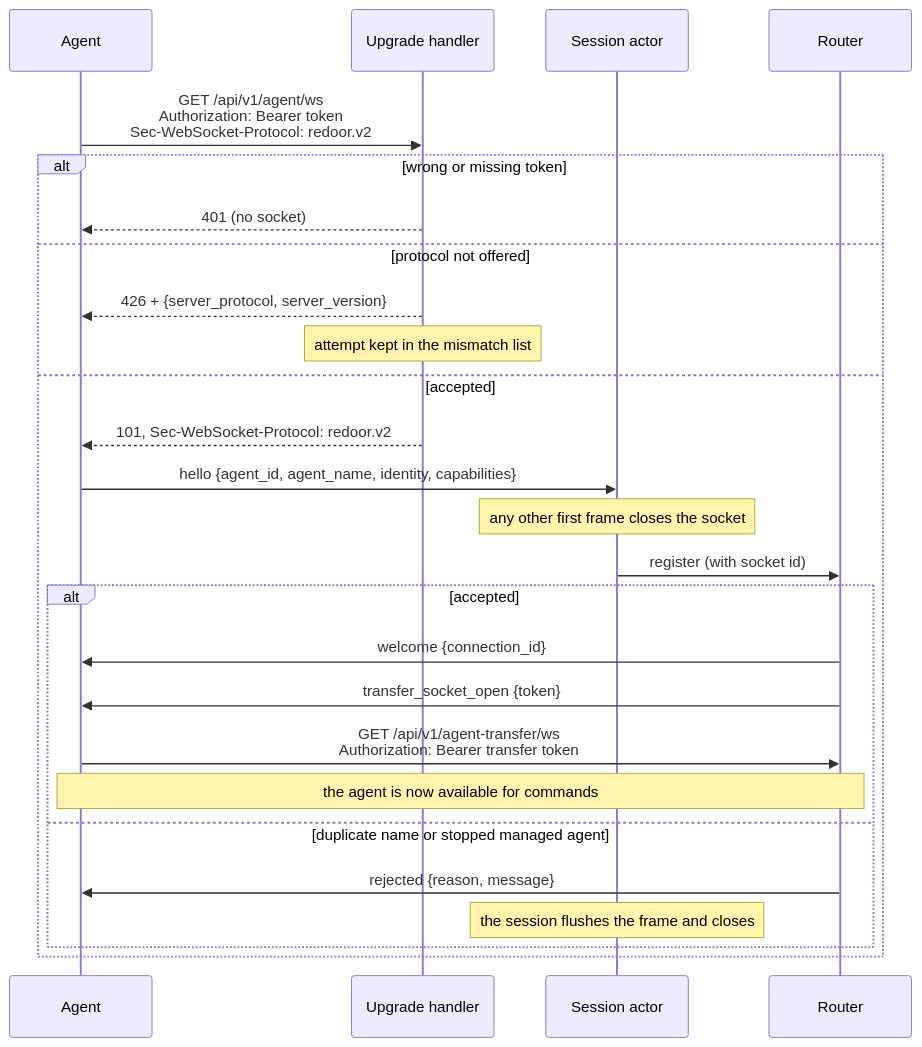
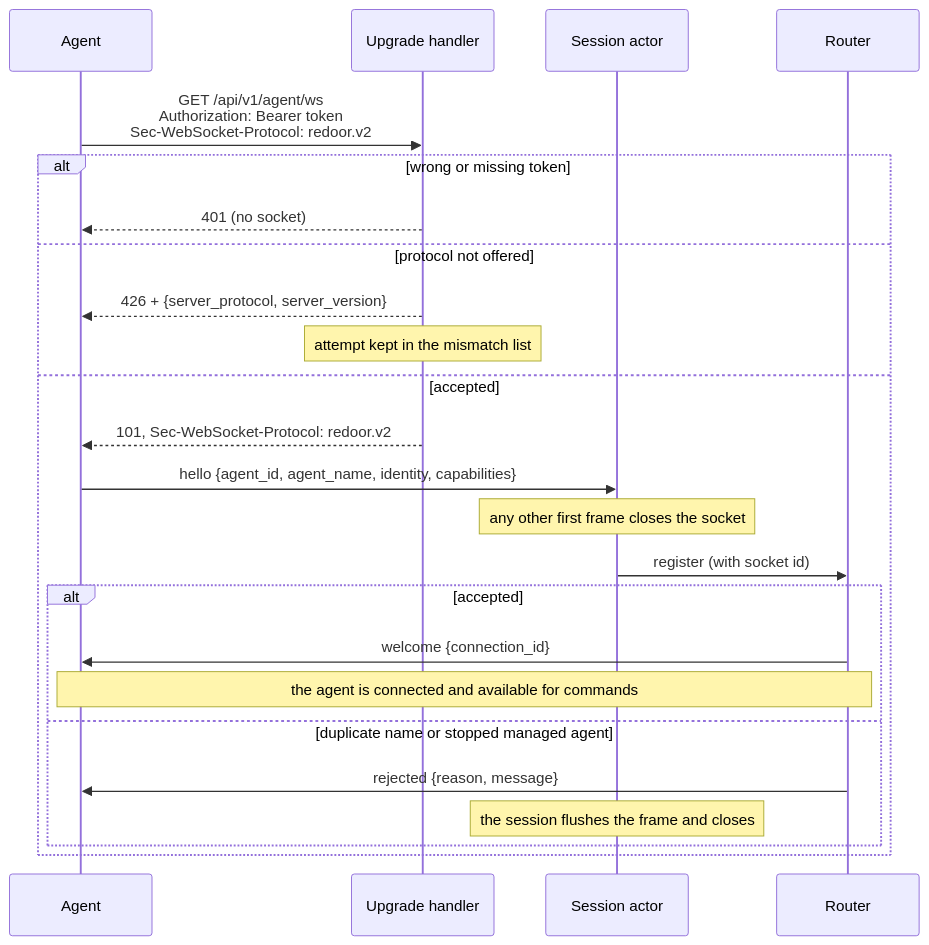
The fourth of 10 diagrams in ARCHITECTURE.md (FruitieX/redoor), drawn with Mermaid before and after one commit. The commit also changed other lines of this file and 74 other files, not shown here.

````diff
--- a/ARCHITECTURE.md
+++ b/ARCHITECTURE.md
@@ -253,29 +292,27 @@
 ```mermaid
 sequenceDiagram
     participant A as Agent
     participant H as Upgrade handler
     participant S as Session actor
     participant R as Router
 
     A->>H: GET /api/v1/agent/ws<br/>Authorization: Bearer token<br/>Sec-WebSocket-Protocol: redoor.v2
     alt wrong or missing token
         H-->>A: 401 (no socket)
     else protocol not offered
         H-->>A: 426 + {server_protocol, server_version}
         Note over H: attempt kept in the mismatch list
     else accepted
         H-->>A: 101, Sec-WebSocket-Protocol: redoor.v2
         A->>S: hello {agent_id, agent_name, identity, capabilities}
         Note over S: any other first frame closes the socket
         S->>R: register (with socket id)
         alt accepted
             R->>A: welcome {connection_id}
-            R->>A: transfer_socket_open {token}
-            A->>R: GET /api/v1/agent-transfer/ws<br/>Authorization: Bearer transfer token
-            Note over A,R: the agent is now available for commands
+            Note over A,R: the agent is connected and available for commands
         else duplicate name or stopped managed agent
             R->>A: rejected {reason, message}
             Note over S: the session flushes the frame and closes
         end
     end
 ```
````
